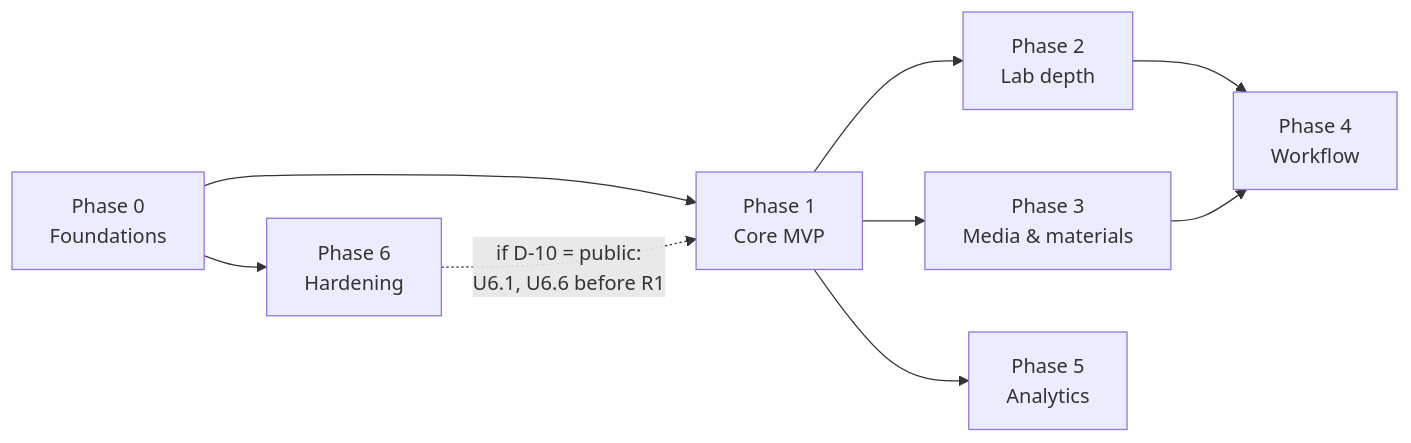
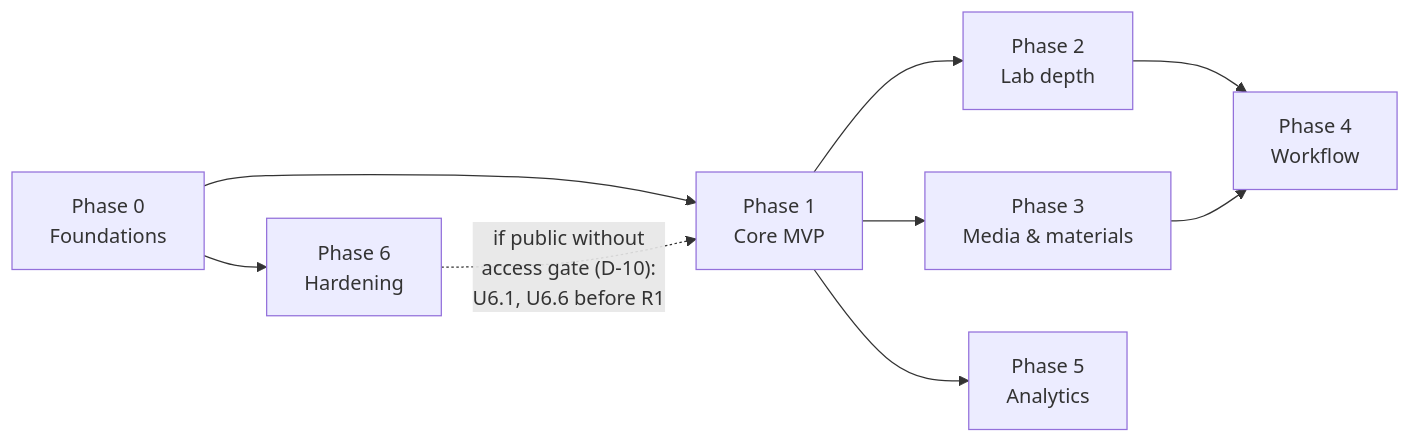
Before and after one commit to jadedh385/cucumber: the diagram in docs/roadmap/README.md, drawn with Mermaid. The commit also changed other lines of this file and 12 other files, not shown here.

````diff
--- a/docs/roadmap/README.md
+++ b/docs/roadmap/README.md
@@ -54,11 +54,11 @@
 ```mermaid
 flowchart LR
     R0[Phase 0<br/>Foundations] --> R1[Phase 1<br/>Core MVP]
     R1 --> P2[Phase 2<br/>Lab depth]
     R1 --> P3[Phase 3<br/>Media & materials]
     R1 --> P5[Phase 5<br/>Analytics]
     P2 --> P4[Phase 4<br/>Workflow]
     P3 --> P4
     R0 --> P6[Phase 6<br/>Hardening]
-    P6 -. "if D-10 = public:<br/>U6.1, U6.6 before R1" .-> R1
+    P6 -. "if public without<br/>access gate (D-10):<br/>U6.1, U6.6 before R1" .-> R1
 ```
````
